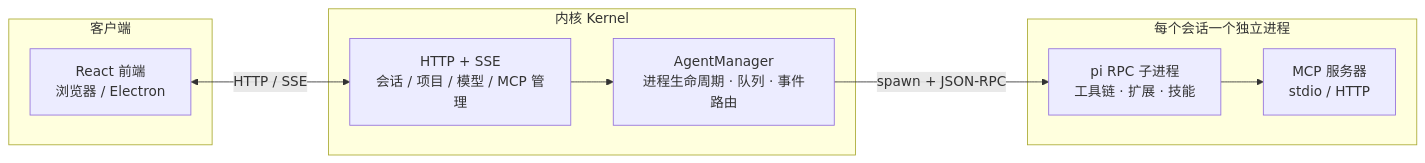
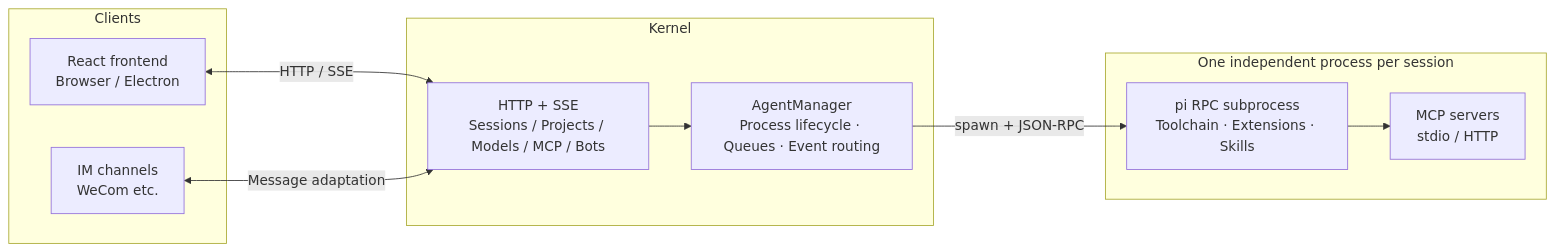
Before and after one commit to luandapipi91/Wa-PiAgent: the diagram in README.md, drawn with Mermaid. The commit also changed other lines of this file and 2 other files, not shown here.

Commit message:
docs: README 英文化（拆分 README.zh-CN.md）+ 插件生态截图

````diff
--- a/README.md
+++ b/README.md
@@ -99,18 +138,20 @@
 ```mermaid
 graph LR
-    subgraph 客户端
-        A["React 前端<br/>浏览器 / Electron"]
+    subgraph Clients
+        A["React frontend<br/>Browser / Electron"]
+        F["IM channels<br/>WeCom etc."]
     end
-    subgraph 内核 Kernel
-        B["HTTP + SSE<br/>会话 / 项目 / 模型 / MCP 管理"]
-        C["AgentManager<br/>进程生命周期 · 队列 · 事件路由"]
+    subgraph Kernel
+        B["HTTP + SSE<br/>Sessions / Projects / Models / MCP / Bots"]
+        C["AgentManager<br/>Process lifecycle · Queues · Event routing"]
     end
-    subgraph 每个会话一个独立进程
-        D["pi RPC 子进程<br/>工具链 · 扩展 · 技能"]
-        E["MCP 服务器<br/>stdio / HTTP"]
+    subgraph One independent process per session
+        D["pi RPC subprocess<br/>Toolchain · Extensions · Skills"]
+        E["MCP servers<br/>stdio / HTTP"]
     end
     A <-->|"HTTP / SSE"| B
+    F <-->|"Message adaptation"| B
     B --> C
     C -->|"spawn + JSON-RPC"| D
     D --> E
 ```
````
